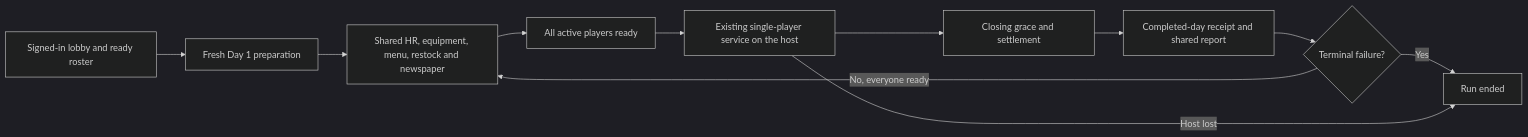
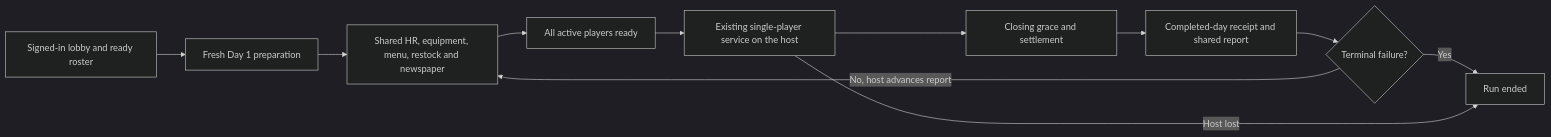
One commit to espinomarkgerald-netizen/DineIn changed the diagram in Documentation/Gameplay/MultiplayerImplementation.md. Above: the diagram before and after it, drawn with Mermaid (dark theme). The commit also changed other lines of this file and 80 other files, not shown here.

````diff
--- a/Documentation/Gameplay/MultiplayerImplementation.md
+++ b/Documentation/Gameplay/MultiplayerImplementation.md
@@ -22,13 +26,13 @@
 ```mermaid
 flowchart LR
     A[Signed-in lobby and ready roster] --> B[Fresh Day 1 preparation]
     B --> C[Shared HR, equipment, menu, restock and newspaper]
     C --> D[All active players ready]
     D --> E[Existing single-player service on the host]
     E --> F[Closing grace and settlement]
     F --> G[Completed-day receipt and shared report]
     G --> H{Terminal failure?}
-    H -->|No, everyone ready| C
+    H -->|No, host advances report| C
     H -->|Yes| I[Run ended]
     E -->|Host lost| I
 ```
````
